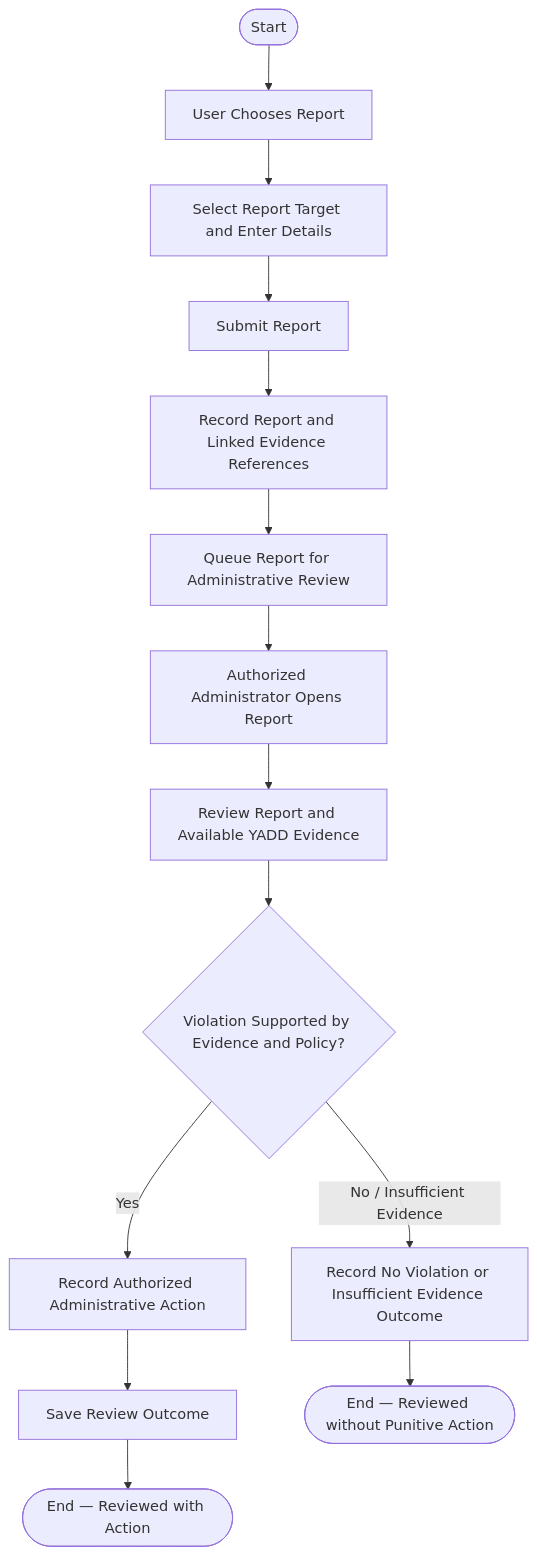
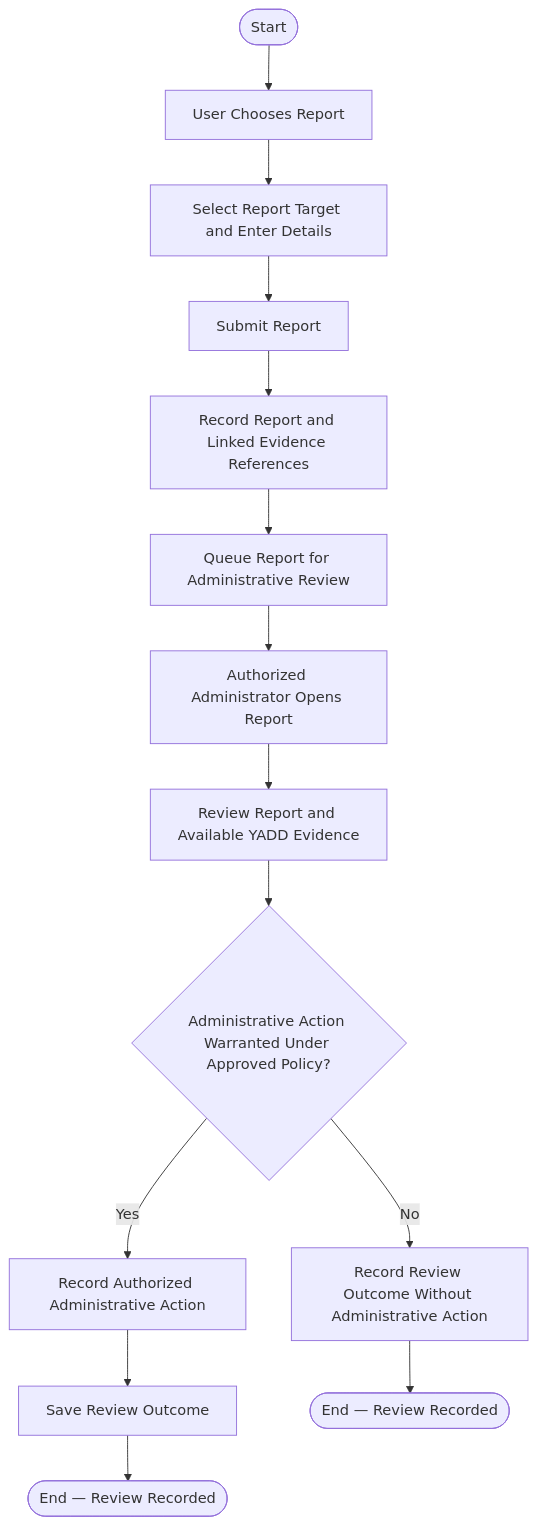
One commit to Yadd-SanaaUniversityGraduationProject/yadd changed the diagram in diagrams/activity-report-administrative-review.md. Above: the diagram before and after it, drawn with Mermaid.

Commit message:
fix(diagrams): avoid unsupported moderation outcome assumptions

````diff
--- a/diagrams/activity-report-administrative-review.md
+++ b/diagrams/activity-report-administrative-review.md
@@ -16,18 +16,18 @@
 ```mermaid
 flowchart TD
     S([Start]) --> A[User Chooses Report]
     A --> B[Select Report Target and Enter Details]
     B --> C[Submit Report]
     C --> D[Record Report and Linked Evidence References]
     D --> E[Queue Report for Administrative Review]
     E --> F[Authorized Administrator Opens Report]
     F --> G[Review Report and Available YADD Evidence]
 
-    G --> H{Violation Supported by Evidence and Policy?}
+    G --> H{Administrative Action Warranted Under Approved Policy?}
     H -- Yes --> I[Record Authorized Administrative Action]
     I --> J[Save Review Outcome]
-    J --> Z1([End — Reviewed with Action])
+    J --> Z1([End — Review Recorded])
 
-    H -- No / Insufficient Evidence --> K[Record No Violation or Insufficient Evidence Outcome]
-    K --> Z2([End — Reviewed without Punitive Action])
+    H -- No --> K[Record Review Outcome Without Administrative Action]
+    K --> Z2([End — Review Recorded])
 ```
````
